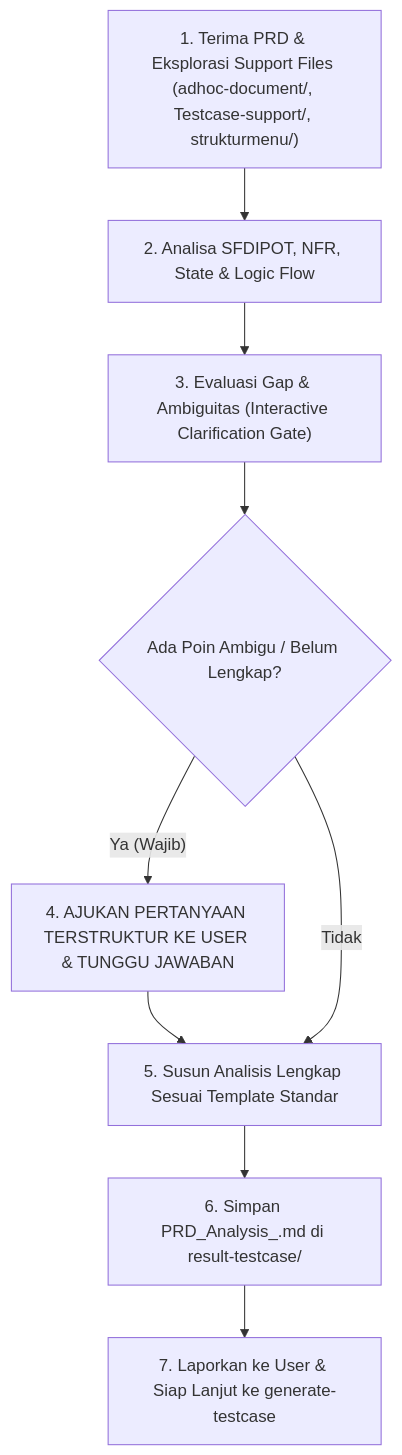
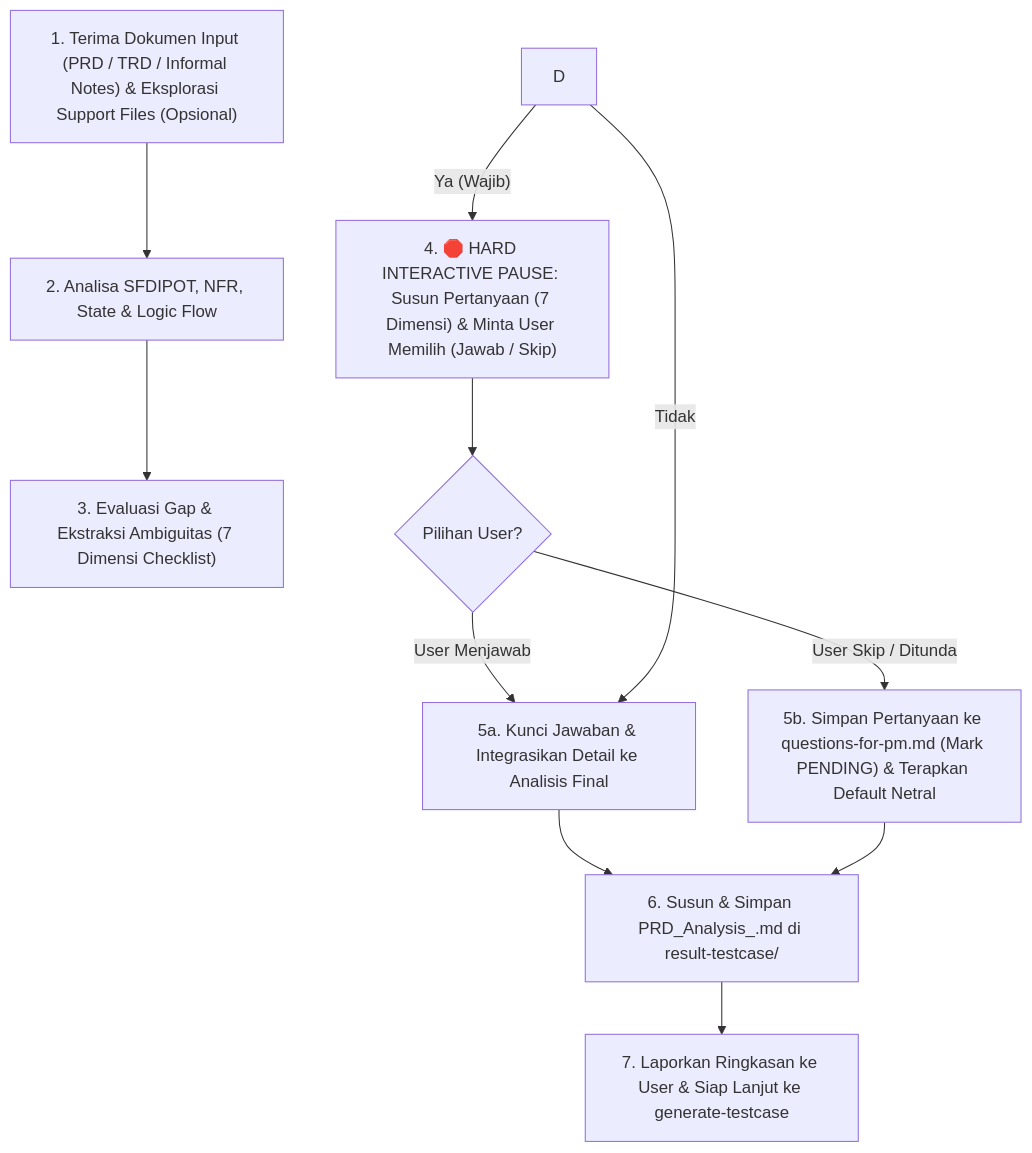
One commit to fadlyady/prdanalyzer changed the diagram in .agents/skills/prd-qa-analyzer/SKILL.md. Above: the diagram before and after it, drawn with Mermaid. The commit also changed other lines of this file and 1 other file, not shown here.

Commit message:
feat: add PRD analyses, test cases, UI assets, and generation scripts for CRM and chatroom features

````diff
--- a/.agents/skills/prd-qa-analyzer/SKILL.md
+++ b/.agents/skills/prd-qa-analyzer/SKILL.md
@@ -155,11 +185,13 @@
 ```mermaid
 graph TD
-    A["1. Terima PRD & Eksplorasi Support Files (adhoc-document/, Testcase-support/, strukturmenu/)"] --> B["2. Analisa SFDIPOT, NFR, State & Logic Flow"]
-    B --> C["3. Evaluasi Gap & Ambiguitas (Interactive Clarification Gate)"]
-    C --> D{"Ada Poin Ambigu / Belum Lengkap?"}
-    D -- "Ya (Wajib)" --> E["4. AJUKAN PERTANYAAN TERSTRUKTUR KE USER & TUNGGU JAWABAN"]
-    E --> F["5. Susun Analisis Lengkap Sesuai Template Standar"]
-    D -- "Tidak" --> F
-    F --> G["6. Simpan PRD_Analysis_<Feature_Name>.md di result-testcase/"]
-    G --> H["7. Laporkan ke User & Siap Lanjut ke generate-testcase"]
+    A["1. Terima Dokumen Input (PRD / TRD / Informal Notes) & Eksplorasi Support Files (Opsional)"] --> B["2. Analisa SFDIPOT, NFR, State & Logic Flow"]
+    B --> C["3. Evaluasi Gap & Ekstraksi Ambiguitas (7 Dimensi Checklist)"]
+    D -- "Ya (Wajib)" --> E["4. 🛑 HARD INTERACTIVE PAUSE: Susun Pertanyaan (7 Dimensi) & Minta User Memilih (Jawab / Skip)"]
+    E --> F{"Pilihan User?"}
+    F -- "User Menjawab" --> G["5a. Kunci Jawaban & Integrasikan Detail ke Analisis Final"]
+    F -- "User Skip / Ditunda" --> H["5b. Simpan Pertanyaan ke questions-for-pm.md (Mark PENDING) & Terapkan Default Netral"]
+    D -- "Tidak" --> G
+    G --> I["6. Susun & Simpan PRD_Analysis_<Feature_Name>.md di result-testcase/"]
+    H --> I
+    I --> J["7. Laporkan Ringkasan ke User & Siap Lanjut ke generate-testcase"]
 ```
````
